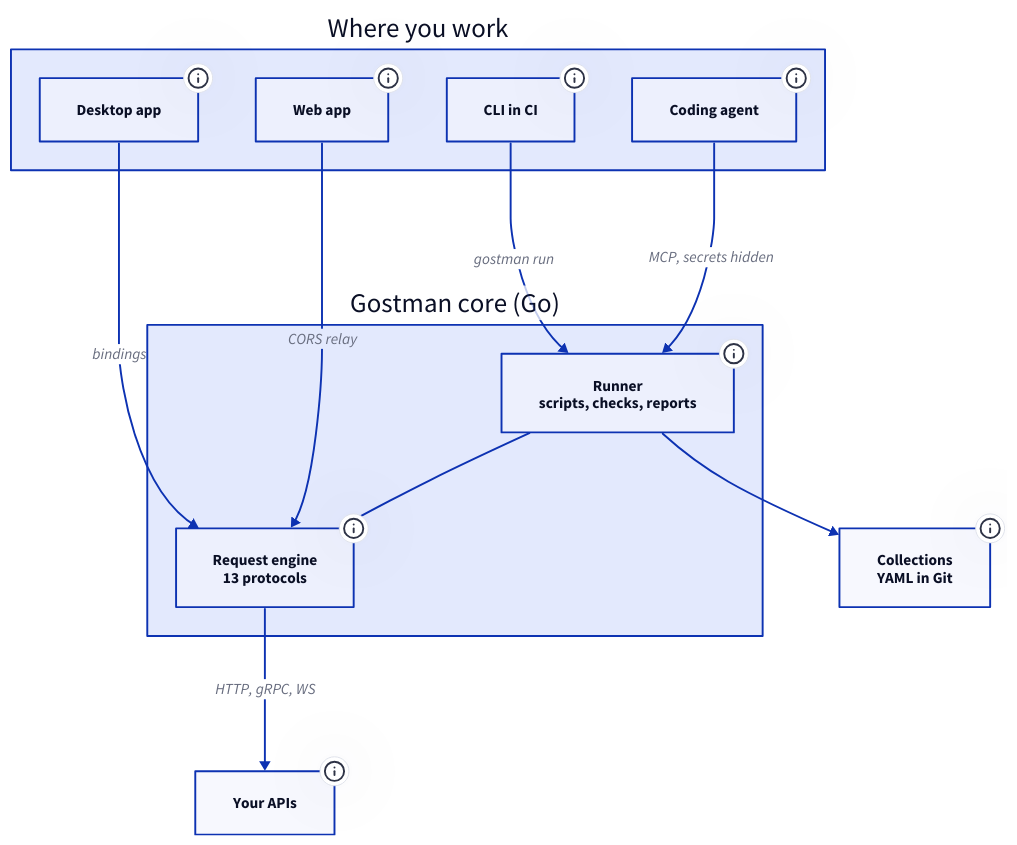
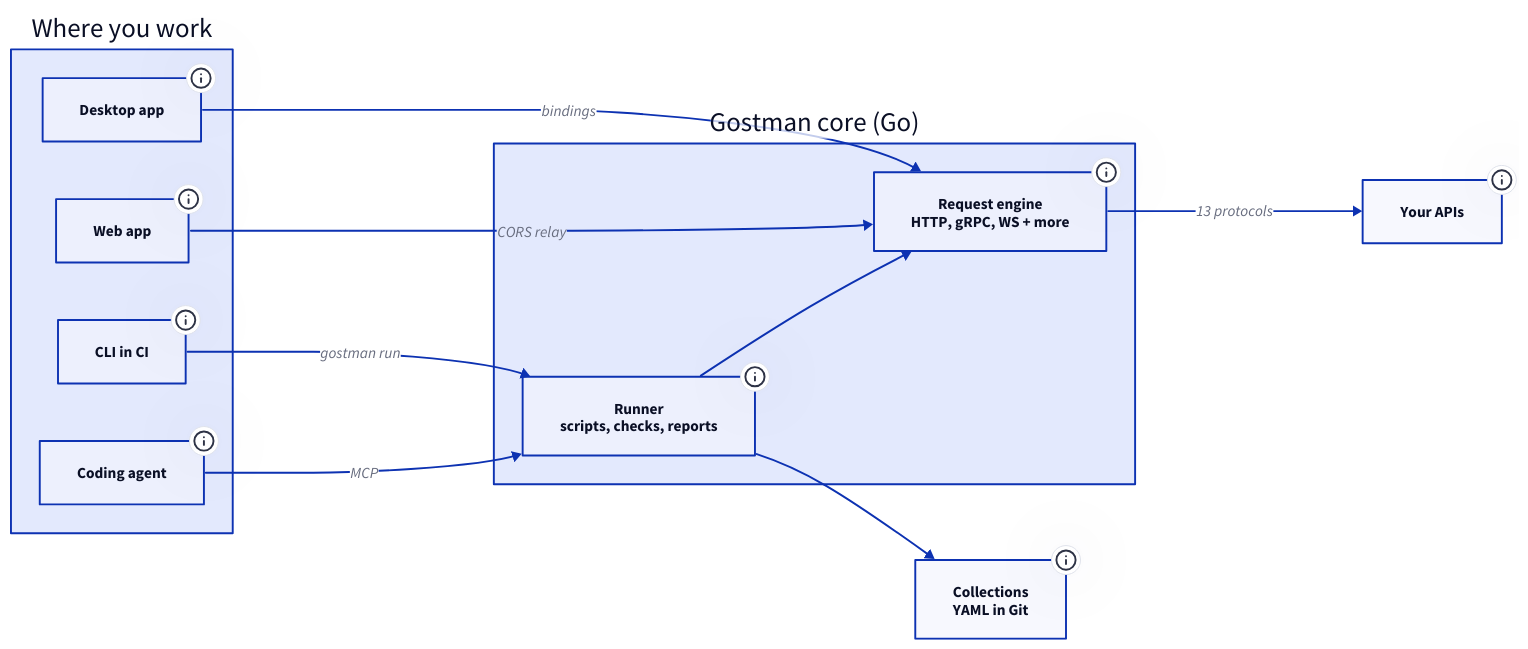
One commit to kunalgoesbyken/portfoliov1 changed the diagram in data/projects/diagrams/gostman-system.d2. Above: the diagram before and after it, drawn with D2. The commit also changed 35 other files, not shown here.

Commit message:
Horizontal diagrams with side detail panel, uniform screenshot frames, direct project cards

```diff
--- a/data/projects/diagrams/gostman-system.d2
+++ b/data/projects/diagrams/gostman-system.d2
@@ -1,51 +1,51 @@
-direction: down
+direction: right
 
 clients: Where you work {
   class: zone
   desktop: Desktop app {
     class: client
     tooltip: "Wails shell around the React UI. It calls the Go engine through in-process bindings, so requests skip the network hop and CORS entirely. 23.7 MB executable, window up in about a second."
   }
   web: Web app {
     class: client
     tooltip: "The same React UI built with Vite as an installable PWA. Browsers block cross-origin calls, so requests go through a small Go relay on Vercel or a local gostman relay. Script checks run in a fresh Web Worker per script."
   }
   cli: CLI in CI {
     class: client
     tooltip: "gostman run executes a whole collection folder on every pull request and exits non-zero on a failed check. Text, JUnit, JSON and HTML reporters plug into any CI."
   }
   agent: Coding agent {
     class: model
     tooltip: "Claude Code, Codex or Cursor talk to gostman mcp over the Model Context Protocol: 15 tools such as send_request and run_folder. Secrets are filled in inside Gostman and scrubbed from every response in raw, URL-encoded, base64 and JSON-escaped form, so the agent never sees a token."
   }
 }
 
 core: Gostman core (Go) {
   class: zone
   runner: Runner\nscripts, checks, reports {
     class: service
     tooltip: "Builds a run plan (filters, tags, data rows, iterations, parallelism), sends each request, applies extract rules, runs scripts in goja and writes reports. Pooling pre-booted script runtimes took a 400-request run from 3.9 s to 1.2 s and cut allocations by 74 percent."
   }
-  engine: Request engine\n13 protocols {
+  engine: Request engine\nHTTP, gRPC, WS + more {
     class: service
     tooltip: "One Go package owns variables, auth, body encoding, cookies, redirects, proxies and TLS for REST, GraphQL, gRPC, WebSocket, Socket.IO, MQTT, SignalR, SSE, SOAP, MCP, TCP, UDP and NATS. Every surface calls it, so a request behaves the same everywhere."
   }
   runner -> engine
 }
 
 files: Collections\nYAML in Git {
   class: store
   tooltip: "A workspace is a folder of plain YAML, one file per request, committed next to the code. Tokens, cookies and history never land in it. A bounded reader pool opens 5,000 requests in 5.4 s, down from 14.8 s, with byte-identical output."
 }
 
 api: Your APIs {
   class: external
   tooltip: "Any HTTP, gRPC, WebSocket or MQTT endpoint. Nothing else is contacted: no account, no telemetry, no vendor cloud."
 }
 
 clients.desktop -> core.engine: bindings
 clients.web -> core.engine: CORS relay
 clients.cli -> core.runner: gostman run
-clients.agent -> core.runner: MCP, secrets hidden
+clients.agent -> core.runner: MCP
 core.runner -> files
-core.engine -> api: HTTP, gRPC, WS
+core.engine -> api: 13 protocols
```
